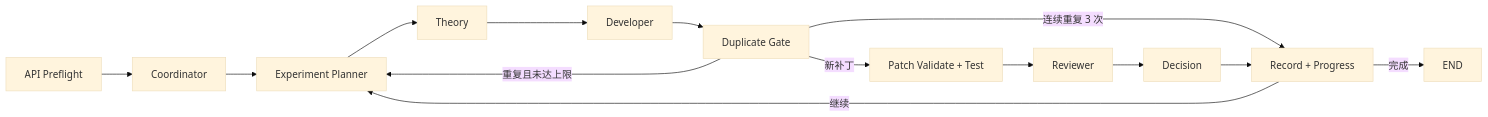
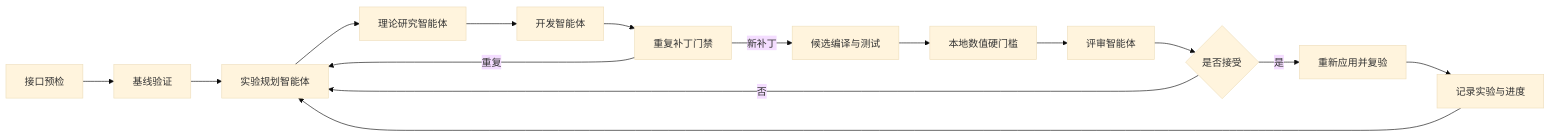
Before and after one commit to Andantino1007/fem-stiffness-agent: the second of 2 diagrams in README.md, drawn with Mermaid (base theme). The commit also changed other lines of this file and 30 other files, not shown here.

````diff
--- a/README.md
+++ b/README.md
@@ -11,16 +36,17 @@
 ```mermaid
 flowchart LR
-    A["API Preflight"] --> B["Coordinator"]
-    B --> C["Experiment Planner"]
-    C --> D["Theory"]
-    D --> E["Developer"]
-    E --> F["Duplicate Gate"]
-    F -->|新补丁| G["Patch Validate + Test"]
-    F -->|重复且未达上限| C
-    F -->|连续重复 3 次| J["Record + Progress"]
-    G --> H["Reviewer"]
-    H --> I["Decision"]
-    I --> J
-    J -->|继续| C
-    J -->|完成| K["END"]
+    A["接口预检"] --> B["基线验证"]
+    B --> C["实验规划智能体"]
+    C --> D["理论研究智能体"]
+    D --> E["开发智能体"]
+    E --> F["重复补丁门禁"]
+    F -->|重复| C
+    F -->|新补丁| G["候选编译与测试"]
+    G --> H["本地数值硬门槛"]
+    H --> I["评审智能体"]
+    I --> J{"是否接受"}
+    J -->|否| C
+    J -->|是| K["重新应用并复验"]
+    K --> L["记录实验与进度"]
+    L --> C
 ```
````
